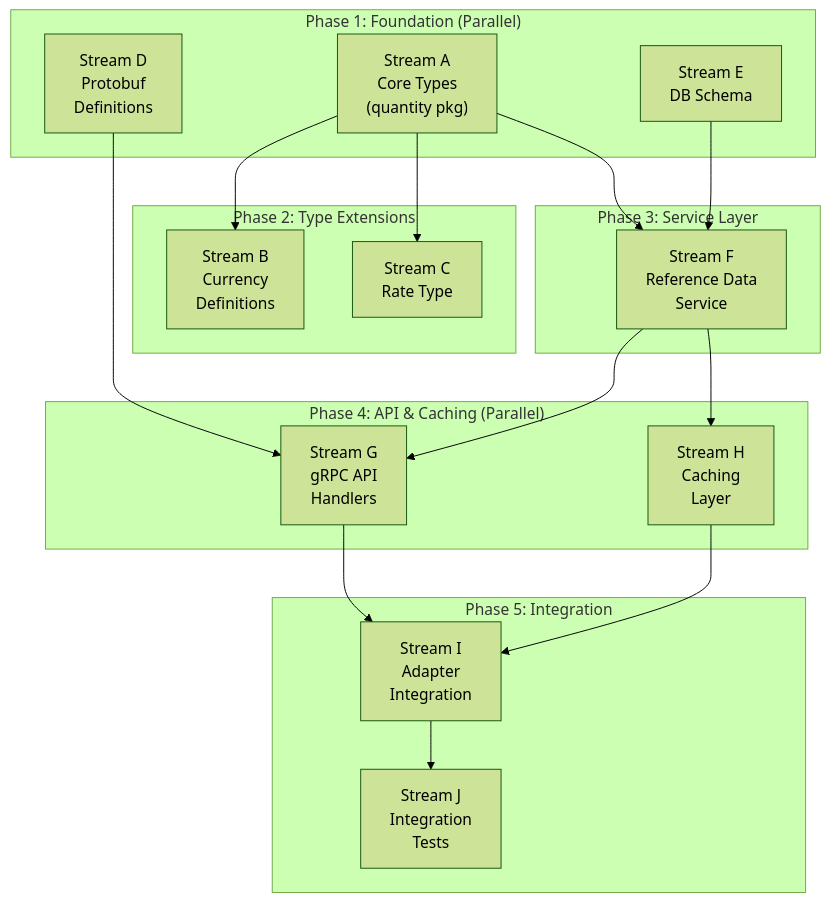
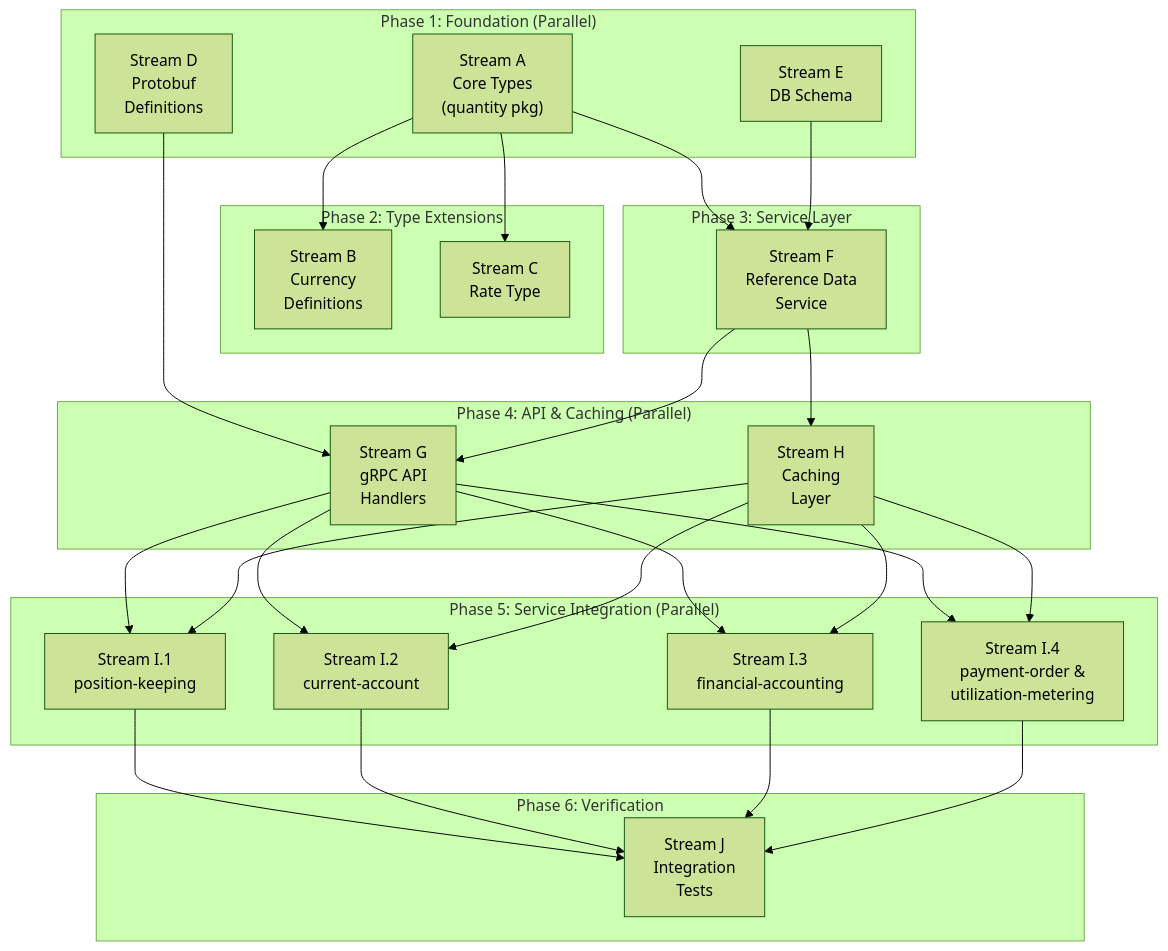
Before and after one commit to meridianhub/meridian: the second of 2 diagrams in docs/prd/universal-asset-system.md, drawn with Mermaid (forest theme). The commit also changed other lines of this file and 2 other files, not shown here.

First line of the commit message:
docs: align ADRs with PRD, add service impact matrix

````diff
--- a/docs/prd/universal-asset-system.md
+++ b/docs/prd/universal-asset-system.md
@@ -184,38 +226,53 @@
 ```mermaid
 flowchart TB
     subgraph Foundation["Phase 1: Foundation (Parallel)"]
         A["Stream A<br/>Core Types<br/>(quantity pkg)"]
         D["Stream D<br/>Protobuf<br/>Definitions"]
         E["Stream E<br/>DB Schema"]
     end
 
     subgraph TypeExt["Phase 2: Type Extensions"]
         B["Stream B<br/>Currency<br/>Definitions"]
         C["Stream C<br/>Rate Type"]
     end
 
     subgraph Service["Phase 3: Service Layer"]
         F["Stream F<br/>Reference Data<br/>Service"]
     end
 
     subgraph API["Phase 4: API & Caching (Parallel)"]
         G["Stream G<br/>gRPC API<br/>Handlers"]
         H["Stream H<br/>Caching<br/>Layer"]
     end
 
-    subgraph Integration["Phase 5: Integration"]
-        I["Stream I<br/>Adapter<br/>Integration"]
+    subgraph Integration["Phase 5: Service Integration (Parallel)"]
+        I1["Stream I.1<br/>position-keeping"]
+        I2["Stream I.2<br/>current-account"]
+        I3["Stream I.3<br/>financial-accounting"]
+        I4["Stream I.4<br/>payment-order &<br/>utilization-metering"]
+    end
+
+    subgraph Final["Phase 6: Verification"]
         J["Stream J<br/>Integration<br/>Tests"]
     end
 
     A --> B
     A --> C
     A --> F
     D --> G
     E --> F
     F --> G
     F --> H
-    G --> I
-    H --> I
-    I --> J
+    G --> I1
+    G --> I2
+    G --> I3
+    G --> I4
+    H --> I1
+    H --> I2
+    H --> I3
+    H --> I4
+    I1 --> J
+    I2 --> J
+    I3 --> J
+    I4 --> J
 ```
````
